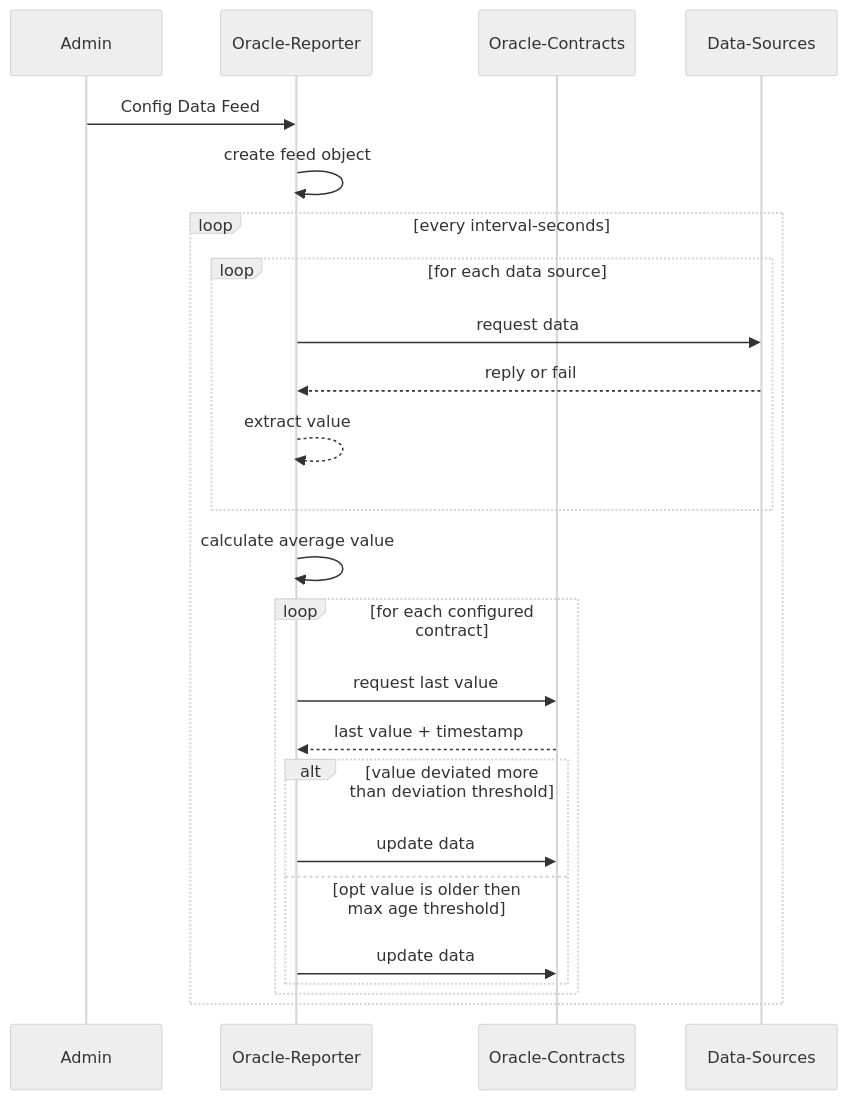
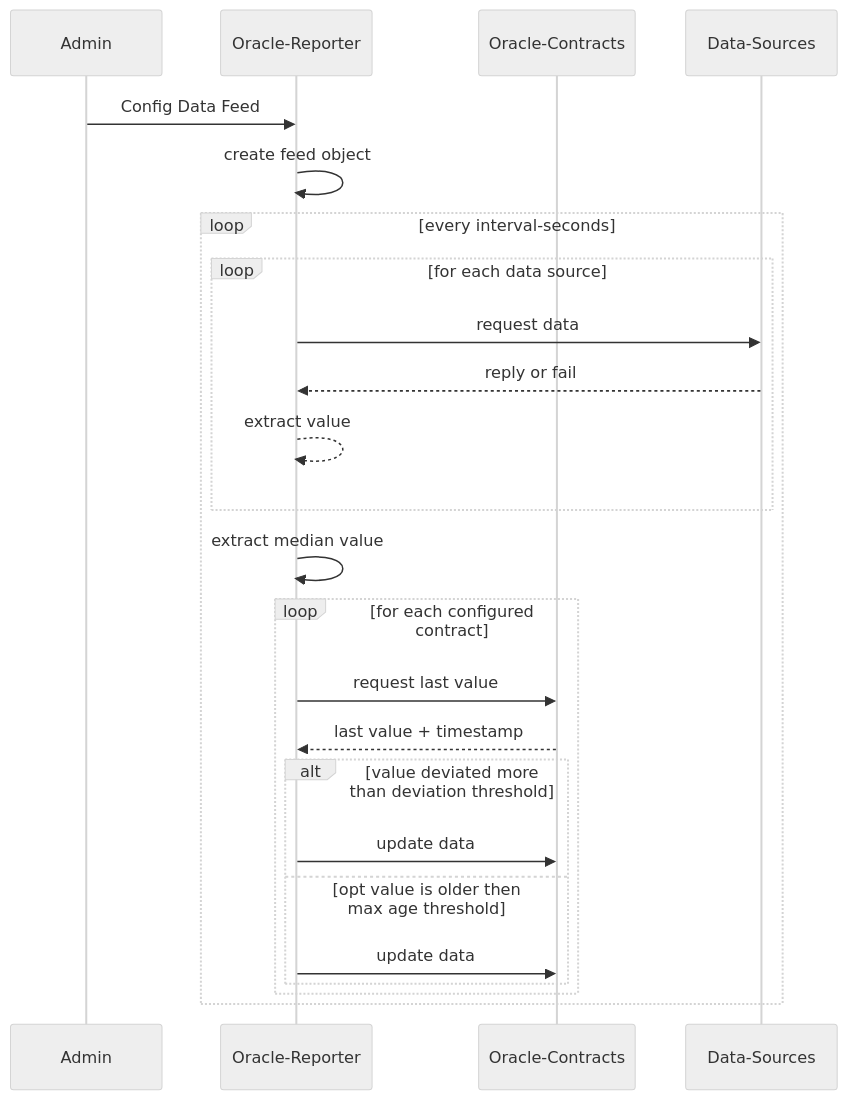
One commit to vechain-energy/oracle.vechain.energy changed the diagram in README.md. Above: the diagram before and after it, drawn with Mermaid (neutral theme). The commit also changed other lines of this file and 5 other files, not shown here.

````diff
--- a/README.md
+++ b/README.md
@@ -25,32 +25,32 @@
 ```mermaid
 sequenceDiagram
     participant Admin
     participant Oracle-Reporter
     participant Oracle-Contracts
     participant Data-Sources
 
     Admin->>Oracle-Reporter: Config Data Feed
     Oracle-Reporter->>Oracle-Reporter: create feed object
     loop every interval-seconds
 
       loop for each data source
         Oracle-Reporter->>Data-Sources: request data
         Data-Sources-->>Oracle-Reporter: reply or fail
 
        Oracle-Reporter-->>Oracle-Reporter: extract value
        end 
 
-       Oracle-Reporter->>Oracle-Reporter: calculate average value
+       Oracle-Reporter->>Oracle-Reporter: extract median value
 
        loop for each configured contract
          Oracle-Reporter->>Oracle-Contracts: request last value
          Oracle-Contracts-->>Oracle-Reporter: last value + timestamp
 
           alt value deviated more than deviation threshold
             Oracle-Reporter->>Oracle-Contracts: update data
           else opt value is older then max age threshold
             Oracle-Reporter->>Oracle-Contracts: update data
         end
       end
     end
 ```
````
